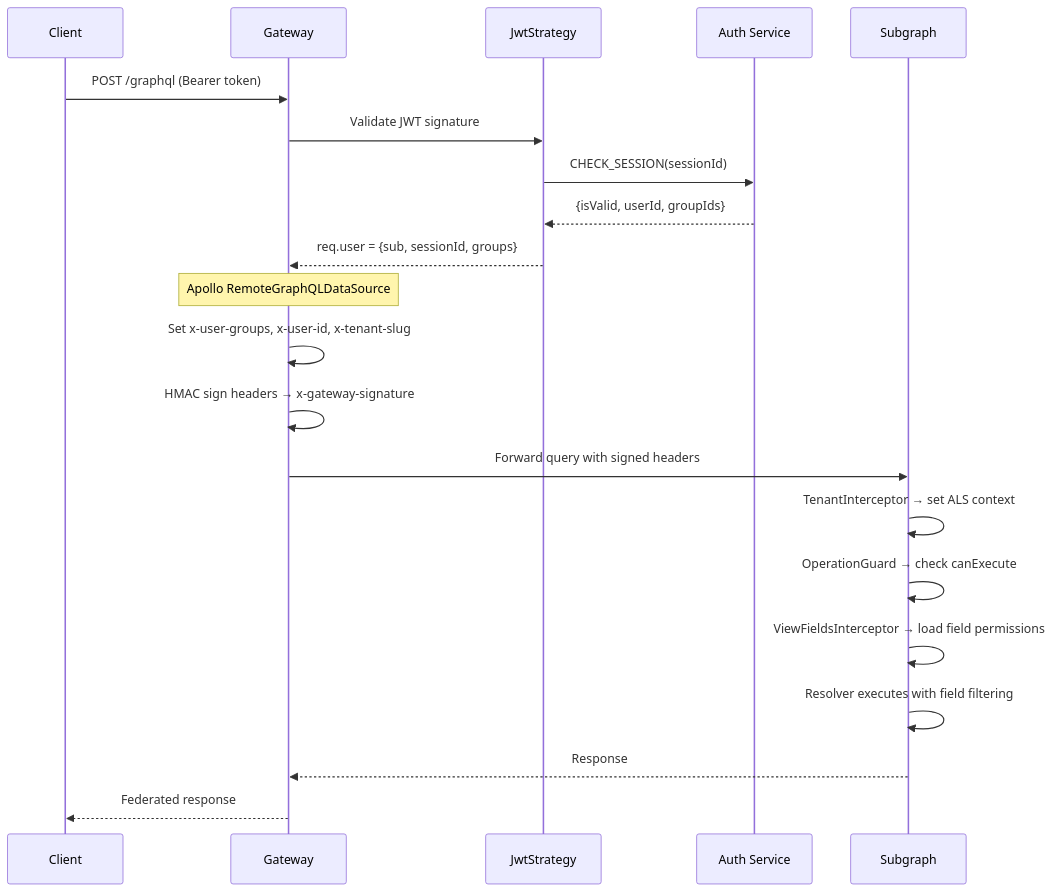
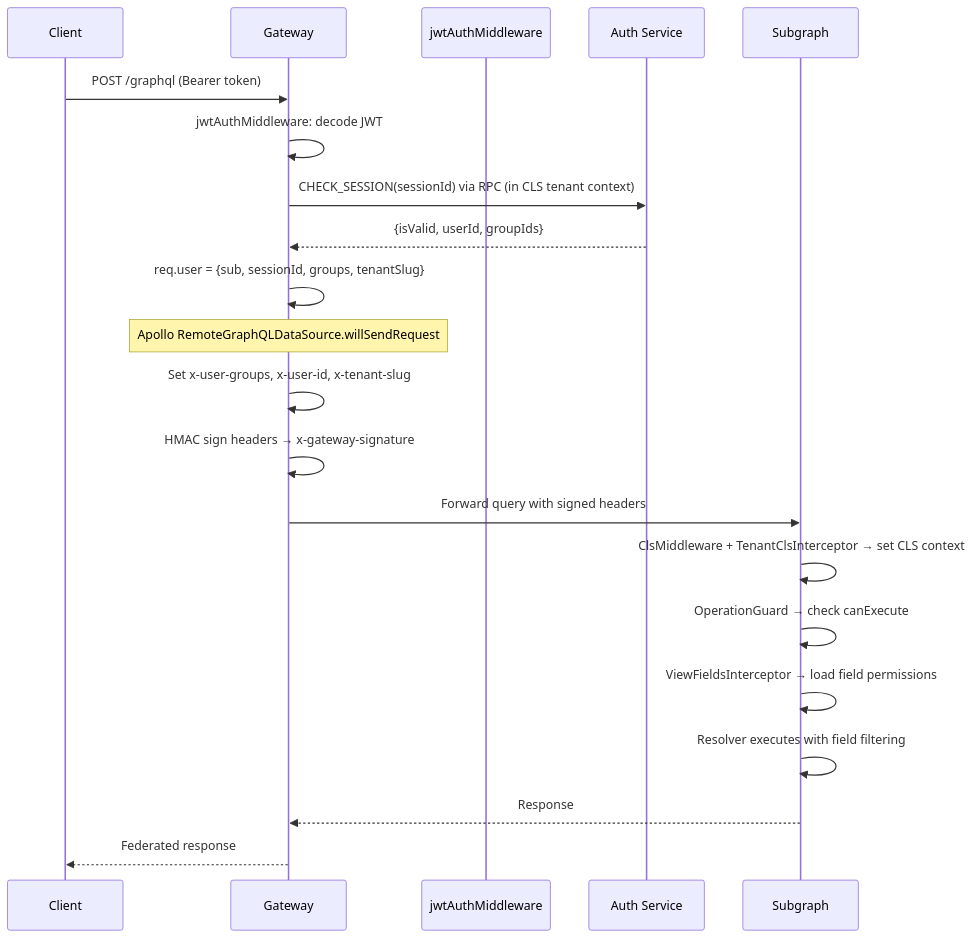
One commit to CucuProject/cucu-docs changed the second of 5 diagrams in docs/architecture/overview.md. Above: the diagram before and after it, drawn with Mermaid. The commit also changed other lines of this file and 14 other files, not shown here.

First line of the commit message:
docs: update for nestjs-cls migration, JWT middleware, and auth orchestrator changes

````diff
--- a/docs/architecture/overview.md
+++ b/docs/architecture/overview.md
@@ -84,26 +83,26 @@
 ```mermaid
 sequenceDiagram
     participant C as Client
     participant GW as Gateway
-    participant JWT as JwtStrategy
+    participant JWT as jwtAuthMiddleware
     participant Auth as Auth Service
     participant SG as Subgraph
 
     C->>GW: POST /graphql (Bearer token)
-    GW->>JWT: Validate JWT signature
-    JWT->>Auth: CHECK_SESSION(sessionId)
-    Auth-->>JWT: {isValid, userId, groupIds}
-    JWT-->>GW: req.user = {sub, sessionId, groups}
+    GW->>GW: jwtAuthMiddleware: decode JWT
+    GW->>Auth: CHECK_SESSION(sessionId) via RPC (in CLS tenant context)
+    Auth-->>GW: {isValid, userId, groupIds}
+    GW->>GW: req.user = {sub, sessionId, groups, tenantSlug}
 
-    Note over GW: Apollo RemoteGraphQLDataSource
+    Note over GW: Apollo RemoteGraphQLDataSource.willSendRequest
     GW->>GW: Set x-user-groups, x-user-id, x-tenant-slug
     GW->>GW: HMAC sign headers → x-gateway-signature
 
     GW->>SG: Forward query with signed headers
-    SG->>SG: TenantInterceptor → set ALS context
+    SG->>SG: ClsMiddleware + TenantClsInterceptor → set CLS context
     SG->>SG: OperationGuard → check canExecute
     SG->>SG: ViewFieldsInterceptor → load field permissions
     SG->>SG: Resolver executes with field filtering
     SG-->>GW: Response
     GW-->>C: Federated response
 ```
````
